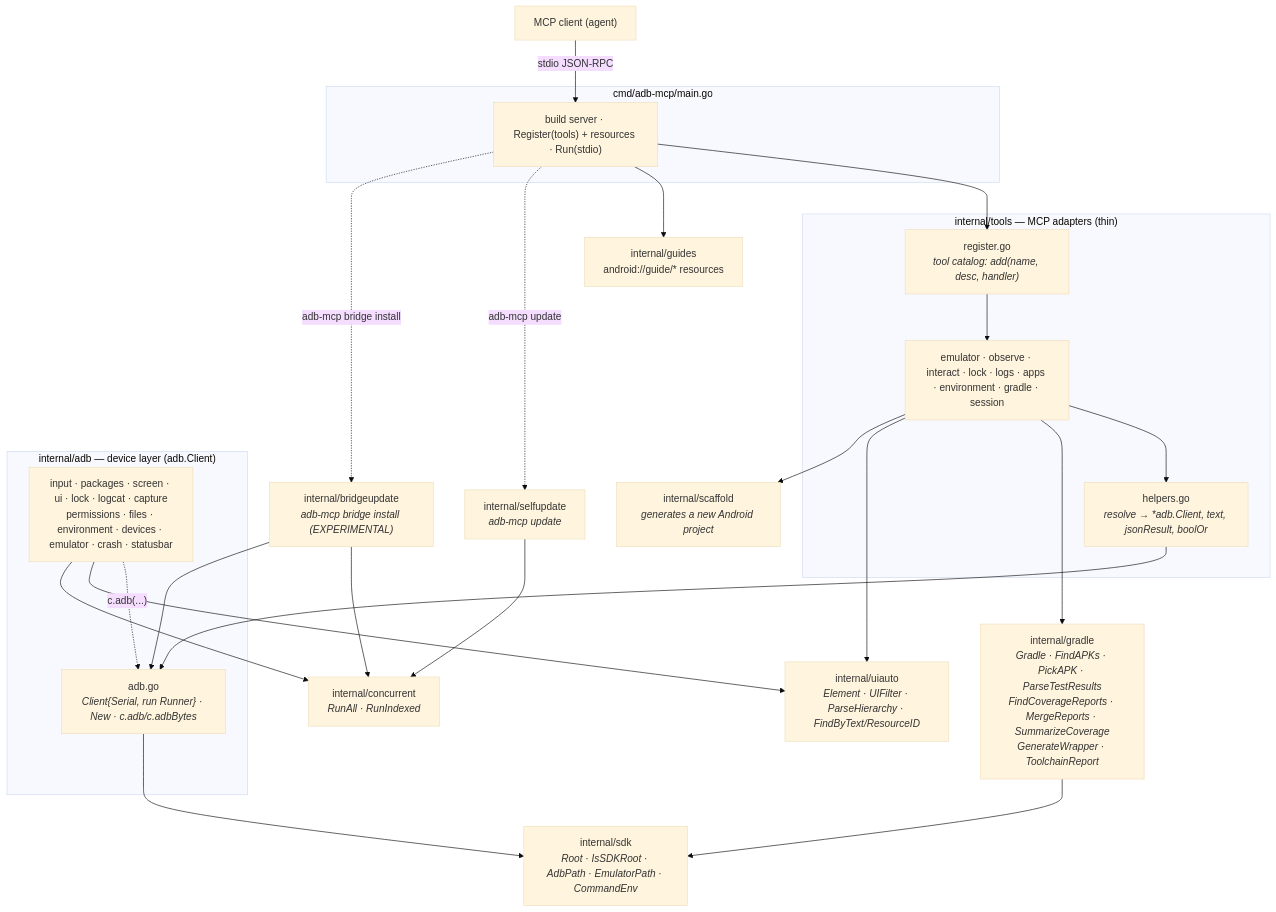
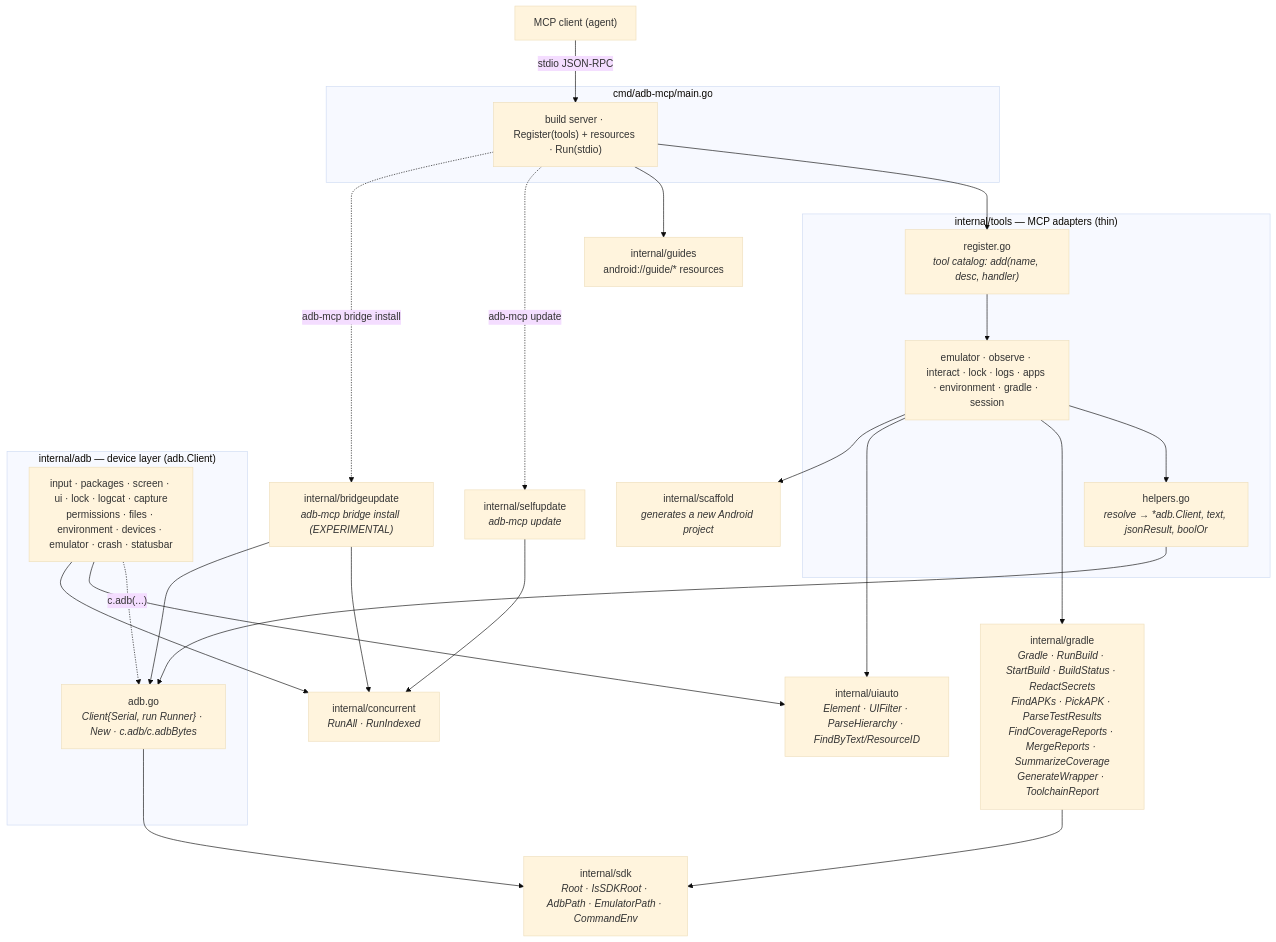
The diagram in ARCHITECTURE.md (iksnerd/adb-mcp), drawn with Mermaid (base theme) before and after one commit. The commit also changed other lines of this file and 3 other files, not shown here.

First line of the commit message:
Document the build summary, background builds and APK details

````diff
--- a/ARCHITECTURE.md
+++ b/ARCHITECTURE.md
@@ -44,50 +44,50 @@
 ```mermaid
 flowchart TB
     client["MCP client (agent)"]
 
     subgraph entry["cmd/adb-mcp/main.go"]
         server["build server · Register(tools) + resources · Run(stdio)"]
     end
 
     subgraph tools["internal/tools — MCP adapters (thin)"]
         register["register.go<br/><i>tool catalog: add(name, desc, handler)</i>"]
         t_files["emulator · observe · interact · lock · logs · apps · environment · gradle · session"]
         t_helpers["helpers.go<br/><i>resolve → *adb.Client, text, jsonResult, boolOr</i>"]
     end
 
     subgraph adb["internal/adb — device layer (adb.Client)"]
         client_t["adb.go<br/><i>Client{Serial, run Runner} · New · c.adb/c.adbBytes</i>"]
         a_cmds["input · packages · screen · ui · lock · logcat · capture<br/>permissions · files · environment · devices · emulator · crash · statusbar"]
     end
 
-    gradle["internal/gradle<br/><i>Gradle · FindAPKs · PickAPK · ParseTestResults<br/>FindCoverageReports · MergeReports · SummarizeCoverage<br/>GenerateWrapper · ToolchainReport</i>"]
+    gradle["internal/gradle<br/><i>Gradle · RunBuild · StartBuild · BuildStatus · RedactSecrets<br/>FindAPKs · PickAPK · ParseTestResults<br/>FindCoverageReports · MergeReports · SummarizeCoverage<br/>GenerateWrapper · ToolchainReport</i>"]
     uiauto["internal/uiauto<br/><i>Element · UIFilter · ParseHierarchy · FindByText/ResourceID</i>"]
     sdk["internal/sdk<br/><i>Root · IsSDKRoot · AdbPath · EmulatorPath · CommandEnv</i>"]
     concurrent["internal/concurrent<br/><i>RunAll · RunIndexed</i>"]
     guides["internal/guides<br/>android://guide/* resources"]
     scaffold["internal/scaffold<br/><i>generates a new Android project</i>"]
     selfupdate["internal/selfupdate<br/><i>adb-mcp update</i>"]
     bridgeupdate["internal/bridgeupdate<br/><i>adb-mcp bridge install (EXPERIMENTAL)</i>"]
 
     client -->|stdio JSON-RPC| server
     server --> register
     server --> guides
     server -. "adb-mcp update" .-> selfupdate
     server -. "adb-mcp bridge install" .-> bridgeupdate
     register --> t_files
     t_files --> t_helpers
 
     t_helpers --> client_t
     t_files --> gradle
     t_files --> uiauto
     t_files --> scaffold
 
     a_cmds -. "c.adb(...)" .-> client_t
     a_cmds --> uiauto
     a_cmds --> concurrent
     bridgeupdate --> client_t
     bridgeupdate --> concurrent
     selfupdate --> concurrent
     client_t --> sdk
     gradle --> sdk
 ```
````
